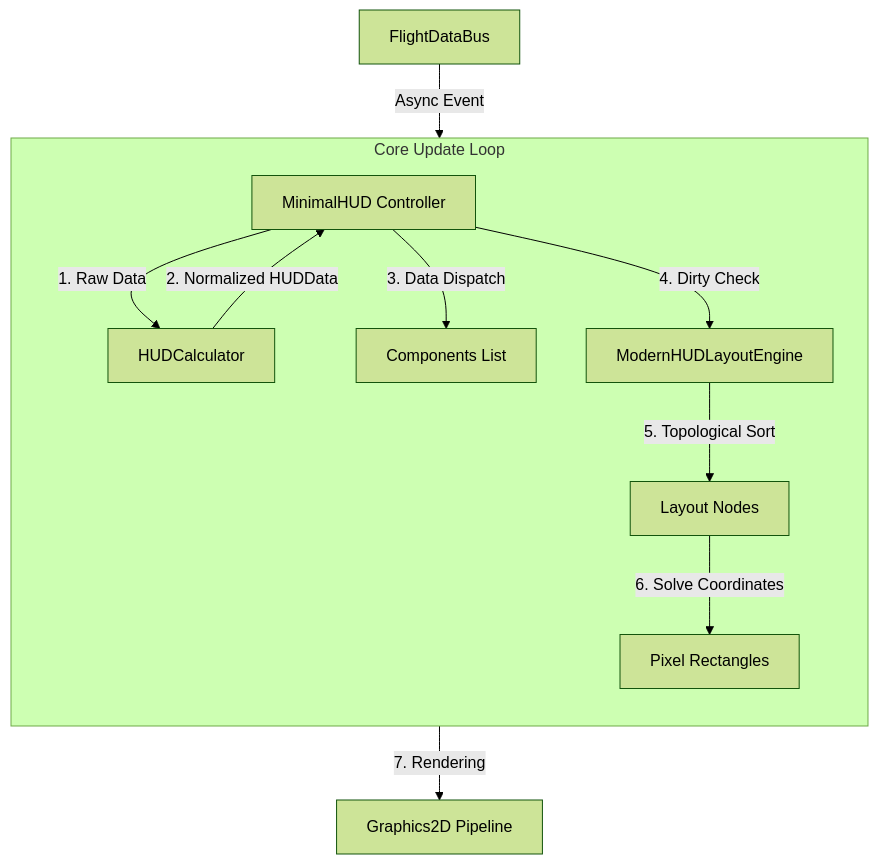
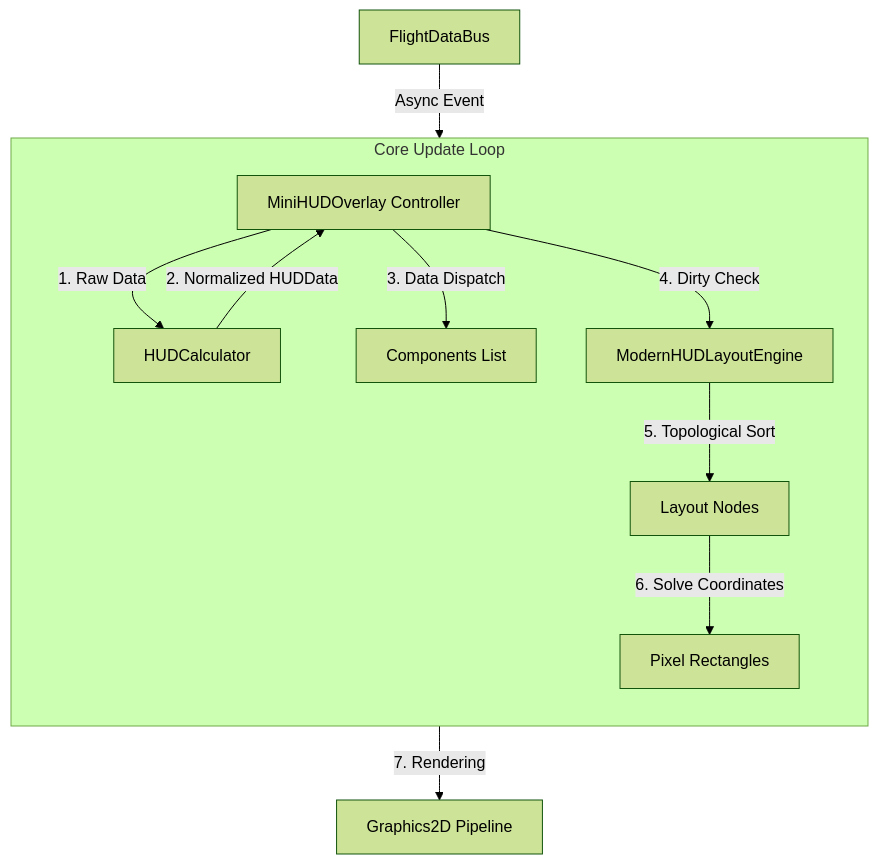
One commit to matrixsukhoi/voidmei changed the first of 2 diagrams in doc/minihud贡献者开发手册.md. Above: the diagram before and after it, drawn with Mermaid (forest theme). The commit also changed other lines of this file and 5 other files, not shown here.

````diff
--- a/doc/minihud贡献者开发手册.md
+++ b/doc/minihud贡献者开发手册.md
@@ -18,17 +18,17 @@
 ```mermaid
 graph TD
-    Bus[FlightDataBus] -->|Async Event| Ctrl[MinimalHUD Controller]
-    
+    Bus[FlightDataBus] -->|Async Event| Ctrl[MiniHUDOverlay Controller]
+
     subgraph Core Loop [Core Update Loop]
         direction TB
         Ctrl -->|1. Raw Data| Calc[HUDCalculator]
         Calc -->|2. Normalized HUDData| Ctrl
         Ctrl -->|3. Data Dispatch| Comp[Components List]
-        
+
         Ctrl -->|4. Dirty Check| Layout[ModernHUDLayoutEngine]
         Layout -->|5. Topological Sort| Nodes[Layout Nodes]
         Nodes -->|6. Solve Coordinates| Rects[Pixel Rectangles]
     end
-    
+
     Comp -->|7. Rendering| G2D[Graphics2D Pipeline]
 ```
````
